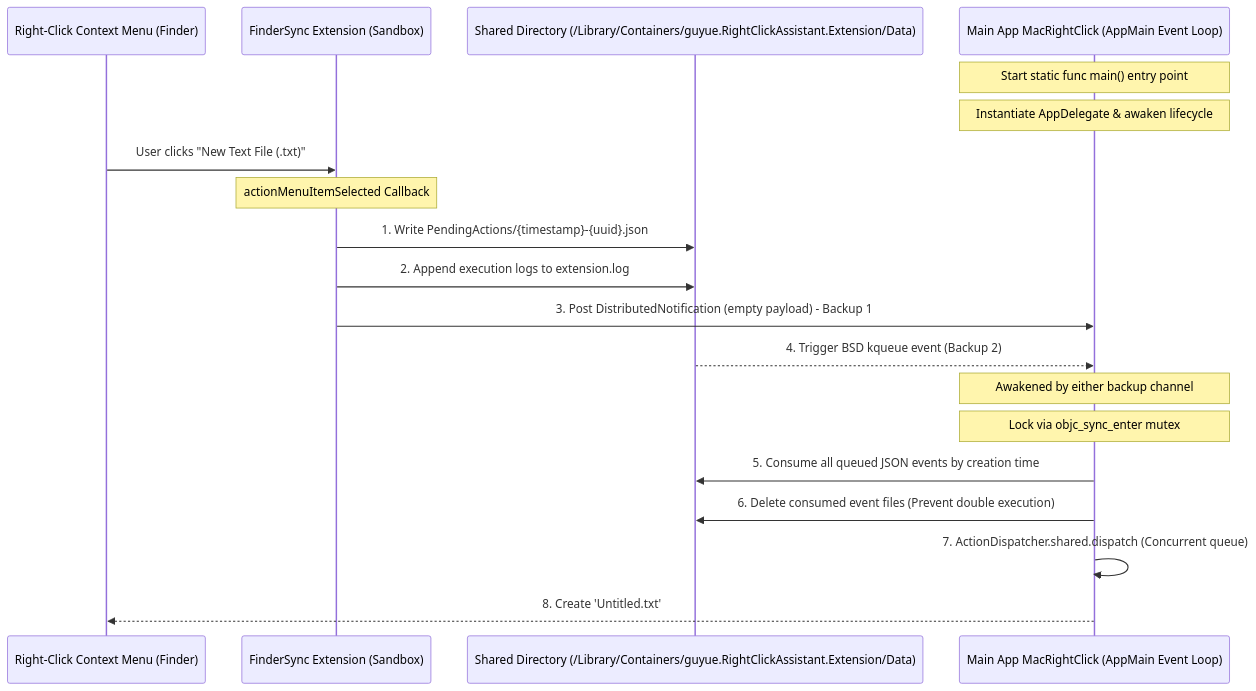
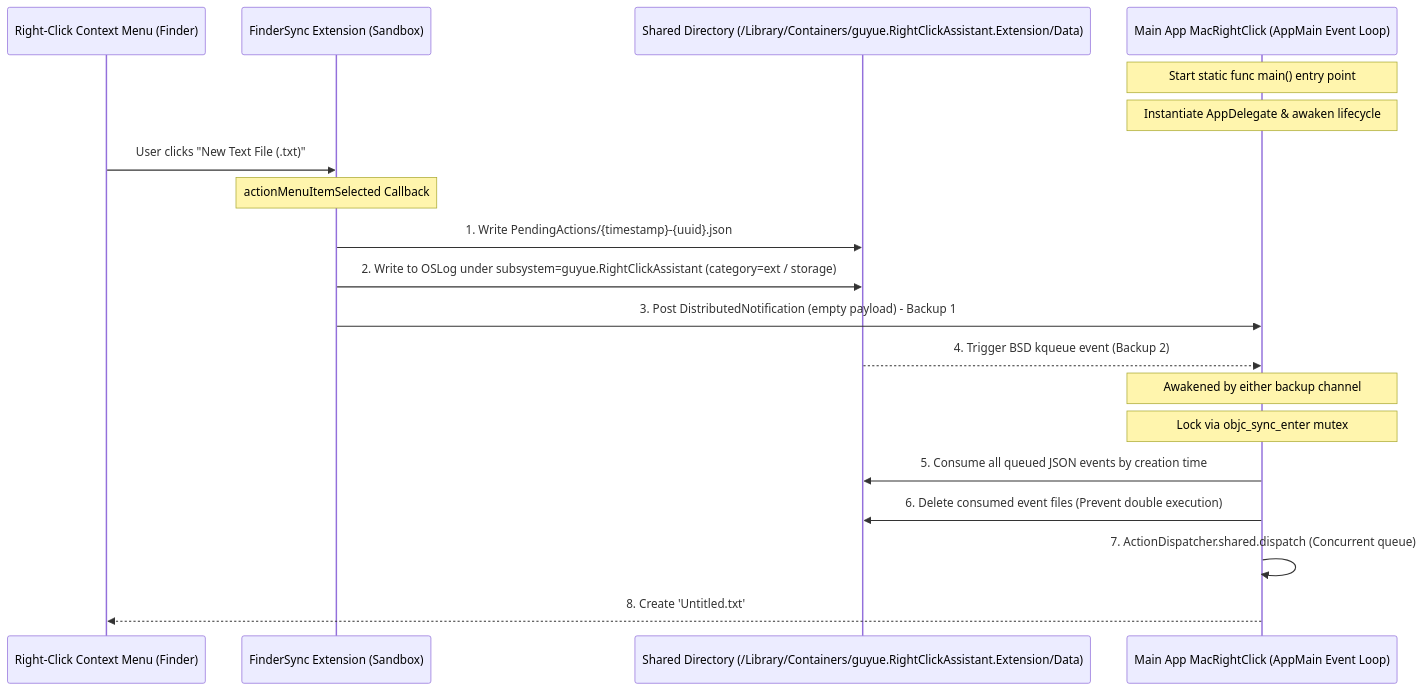
Before and after one commit to guyue55/MacRightClick: the diagram in README_EN.md, drawn with Mermaid. The commit also changed other lines of this file and 5 other files, not shown here.

````diff
--- a/README_EN.md
+++ b/README_EN.md
@@ -50,26 +50,26 @@
 ```mermaid
 sequenceDiagram
     participant User as Right-Click Context Menu (Finder)
     participant FS as FinderSync Extension (Sandbox)
     participant SC as Shared Directory (/Library/Containers/guyue.RightClickAssistant.Extension/Data)
     participant Host as Main App MacRightClick (AppMain Event Loop)
     
     Note over Host: Start static func main() entry point
     Note over Host: Instantiate AppDelegate & awaken lifecycle
     
     User->>FS: User clicks "New Text File (.txt)"
     Note over FS: actionMenuItemSelected Callback
     FS->>SC: 1. Write PendingActions/{timestamp}-{uuid}.json
-    FS->>SC: 2. Append execution logs to extension.log
+    FS->>SC: 2. Write to OSLog under subsystem=guyue.RightClickAssistant (category=ext / storage)
     FS->>Host: 3. Post DistributedNotification (empty payload) - Backup 1
     SC-->>Host: 4. Trigger BSD kqueue event (Backup 2)
     
     Note over Host: Awakened by either backup channel
     Note over Host: Lock via objc_sync_enter mutex
     
     Host->>SC: 5. Consume all queued JSON events by creation time
     Host->>SC: 6. Delete consumed event files (Prevent double execution)
     
     Host->>Host: 7. ActionDispatcher.shared.dispatch (Concurrent queue)
     Host-->>User: 8. Create 'Untitled.txt'
 ```
````
